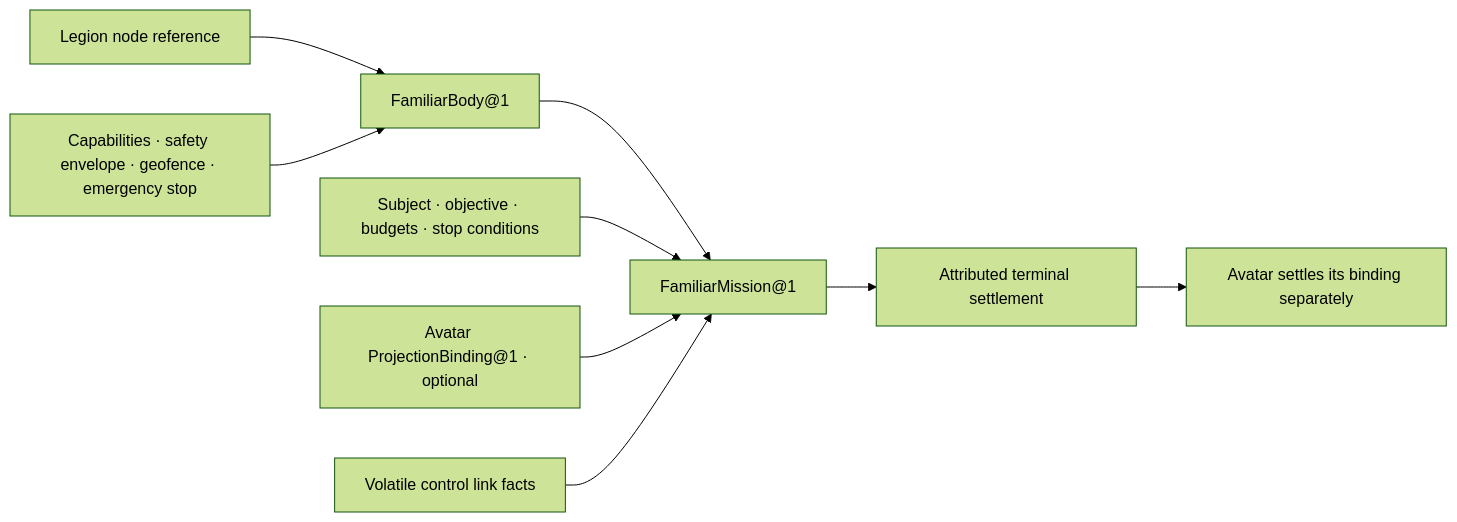
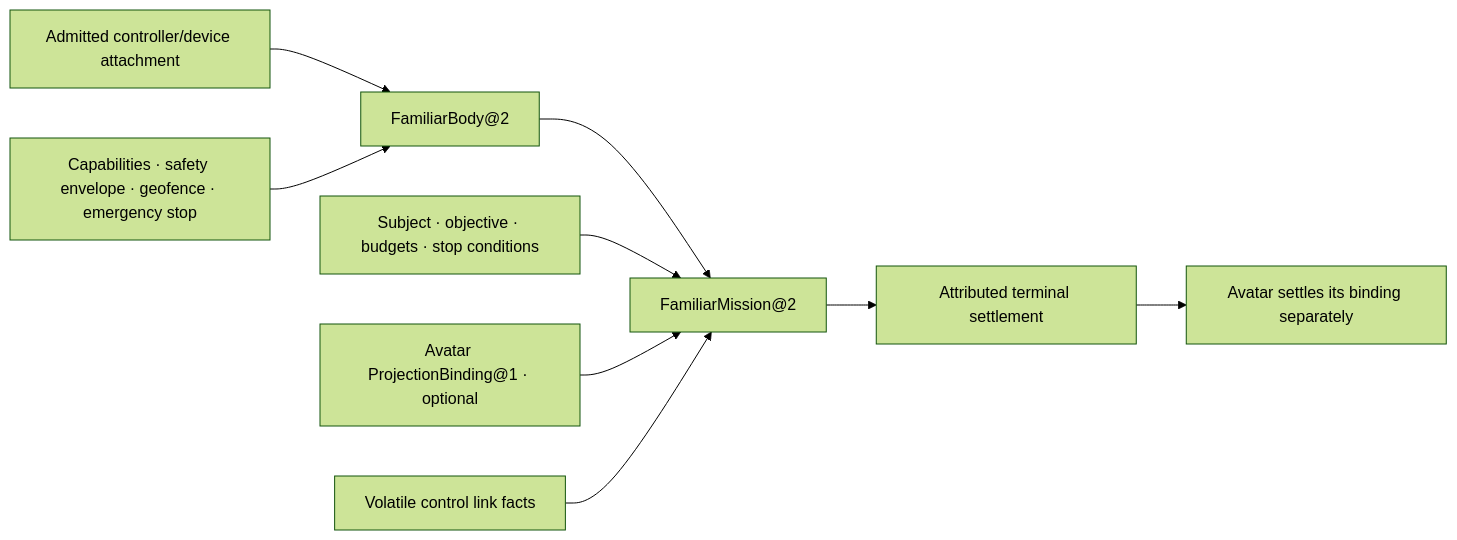
Before and after one commit to hexanomicon/lychd: the second of 2 diagrams in docs/compositions/familiar/index.md, drawn with Mermaid (forest theme). The commit also changed other lines of this file and 90 other files, not shown here.

````diff
--- a/docs/compositions/familiar/index.md
+++ b/docs/compositions/familiar/index.md
@@ -62,11 +72,11 @@
 ```mermaid
 flowchart LR
-    L["Legion node reference"] --> B["FamiliarBody@1"]
+    L["Admitted controller/device attachment"] --> B["FamiliarBody@2"]
     C["Capabilities · safety envelope · geofence · emergency stop"] --> B
-    B --> M["FamiliarMission@1"]
+    B --> M["FamiliarMission@2"]
     S["Subject · objective · budgets · stop conditions"] --> M
     A["Avatar ProjectionBinding@1 · optional"] --> M
     R["Volatile control link facts"] --> M
     M --> T["Attributed terminal settlement"]
     T --> AS["Avatar settles its binding separately"]
 ```
````
